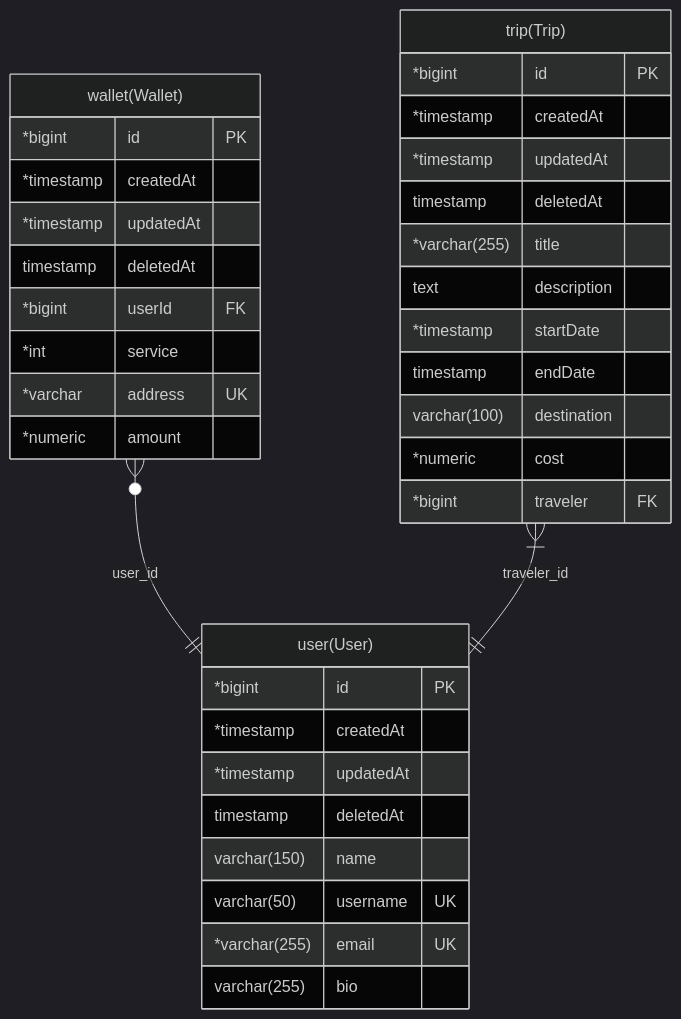
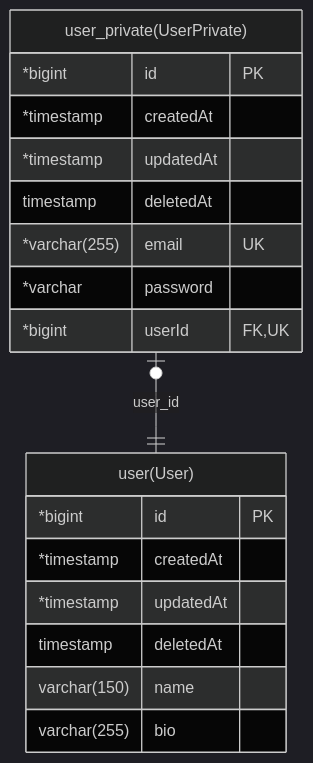
One commit to hygison/json-api-usage changed the diagram in root.md. Above: the diagram before and after it, drawn with Mermaid. The commit also changed other lines of this file and 39 other files, not shown here.

````diff
--- a/root.md
+++ b/root.md
@@ -76,50 +49,32 @@
 ```mermaid
 %%{init: {'theme':'dark'}}%%
 
 erDiagram
-
-
-"wallet(Wallet)" {
-  *bigint id    PK
-  *timestamp createdAt
-  *timestamp updatedAt
-  timestamp deletedAt
-  *bigint userId    FK
-  *int service
-  *varchar address    UK
-  *numeric amount
-}
-
-
-"wallet(Wallet)"  }o  --  ||  "user(User)":  "user_id"
-
-
-"trip(Trip)" {
-  *bigint id    PK
-  *timestamp createdAt
-  *timestamp updatedAt
-  timestamp deletedAt
-  *varchar(255) title
-  text description
-  *timestamp startDate
-  timestamp endDate
-  varchar(100) destination
-  *numeric cost
-  *bigint traveler    FK
-}
-
-
-"trip(Trip)"  }|  --  ||  "user(User)":  "traveler_id"
 
 
 "user(User)" {
   *bigint id    PK
   *timestamp createdAt
   *timestamp updatedAt
   timestamp deletedAt
   varchar(150) name
-  varchar(50) username    UK
-  *varchar(255) email    UK
   varchar(255) bio
 }
+
+
+
+
+"user_private(UserPrivate)" {
+  *bigint id    PK
+  *timestamp createdAt
+  *timestamp updatedAt
+  timestamp deletedAt
+  *varchar(255) email    UK
+  *varchar password
+  *bigint userId    FK,UK
+}
+
+
+"user_private(UserPrivate)"  |o  --  ||  "user(User)":  "user_id"
+
 ```
````
